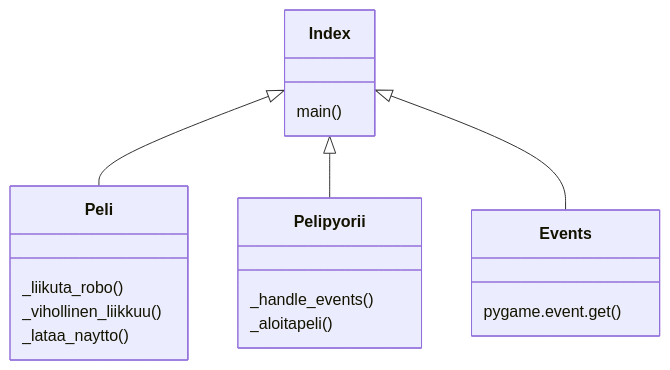
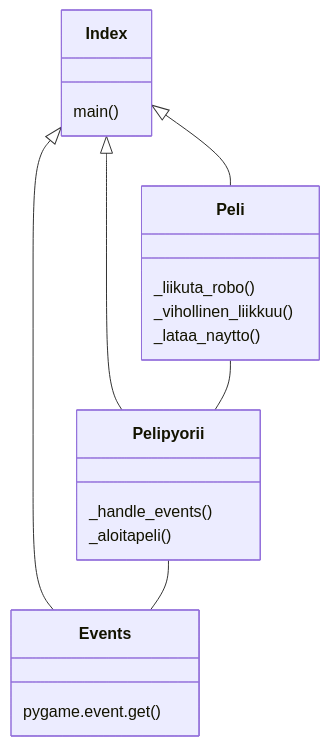
One commit to nicolaskivimaki/Pac-Man changed the diagram in dokumentaatio/arkkitehtuuri.md. Above: the diagram before and after it, drawn with Mermaid.

````diff
--- a/dokumentaatio/arkkitehtuuri.md
+++ b/dokumentaatio/arkkitehtuuri.md
@@ -1,34 +1,36 @@
 ```mermaid
 classDiagram
   Index<|--Peli
   Index<|--Pelipyorii
   Index<|--Events
+  Peli--Pelipyorii
+  Pelipyorii--Events
   
   class Index{
   main()
 
   }
 
   class Pelipyorii{
     _handle_events()
     _aloitapeli()
 
   }
   
   
   class Peli{
   
   _liikuta_robo()
   _vihollinen_liikkuu()
   _lataa_naytto()
 
 
   }
 
   class Events{
     pygame.event.get()
 
   }
  
 
 ```
````
